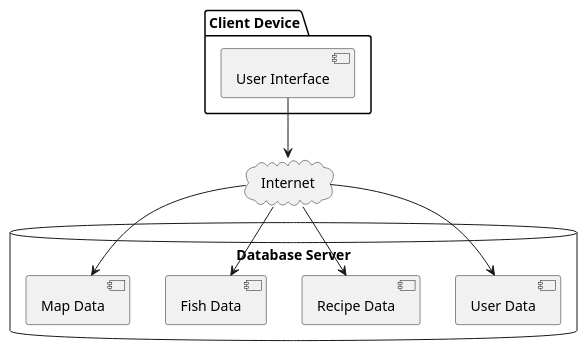
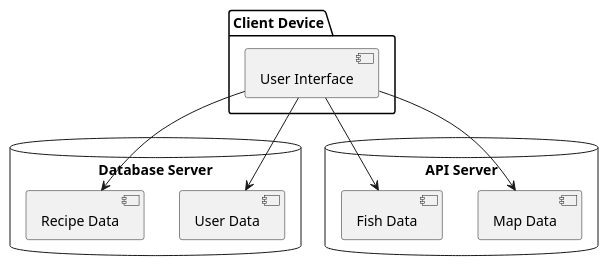
One commit to PedroLunet/MarineChoice changed the diagram in physical.puml. Above: the diagram before and after it, drawn with PlantUML.

Commit message:
Physical model

```diff
--- a/physical.puml
+++ b/physical.puml
@@ -1,22 +1,23 @@
 @startuml physical
 
 package "Client Device" {
   [User Interface]
 }
 
-cloud "Internet" 
-
 database "Database Server" {
   [User Data]
   [Recipe Data]
-  [Fish Data]
-  [Map Data]
 }
 
-[User Interface] --> Internet
-Internet --> [User Data]
-Internet --> [Recipe Data]
-Internet --> [Fish Data]
-Internet --> [Map Data]
+database "API Server" {
+  [Map Data]
+  [Fish Data]
+}
+
+
+[User Interface] --> [User Data]
+[User Interface] --> [Recipe Data]
+[User Interface] --> [Fish Data]
+[User Interface] --> [Map Data]
 
 @enduml
```
